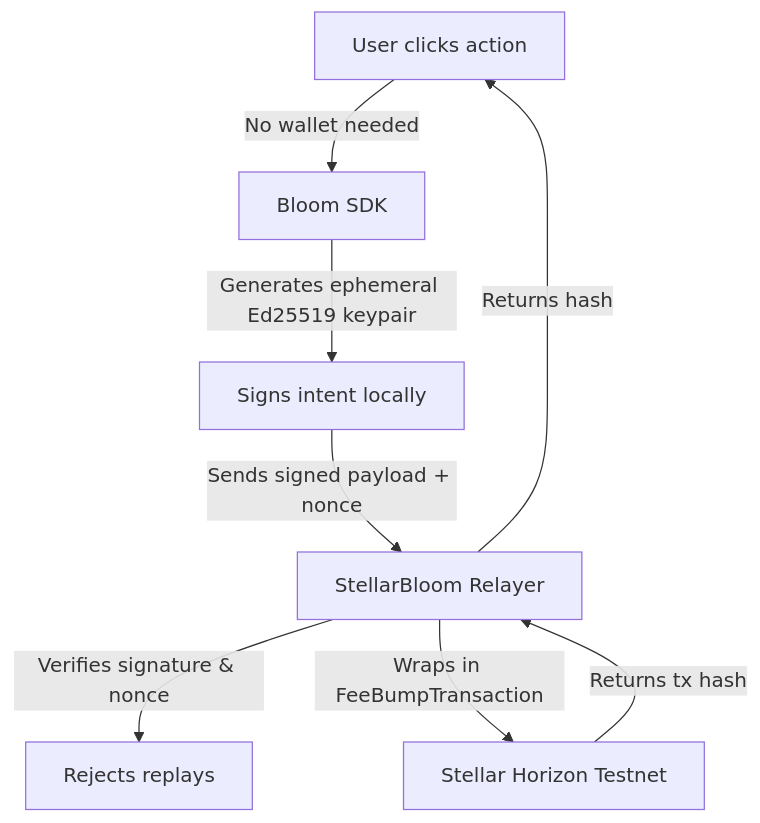
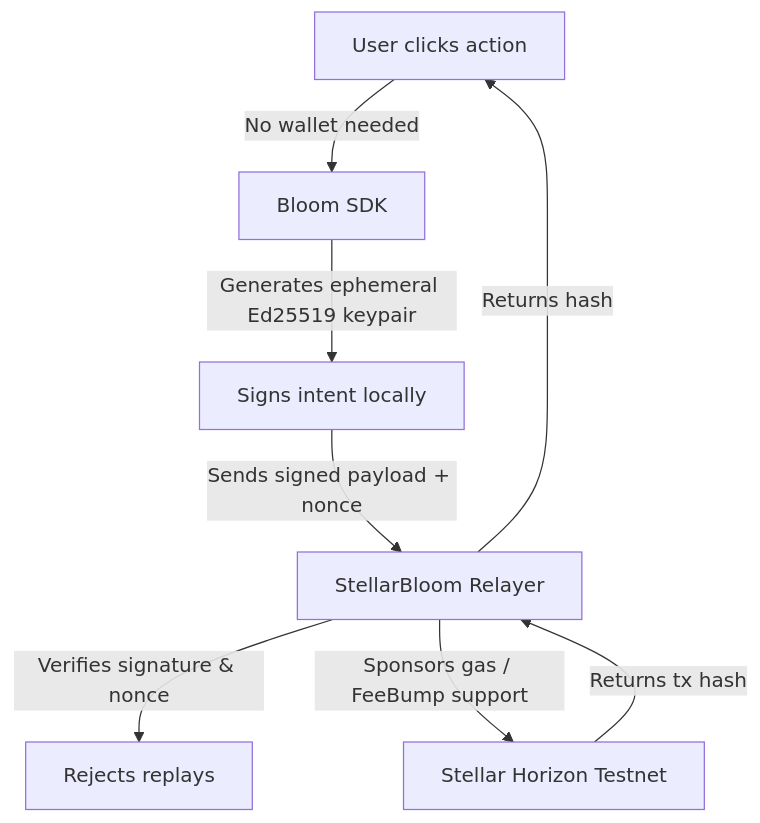
The diagram in README.md (thesumedh/stellar-bloom), drawn with Mermaid before and after one commit. The commit also changed other lines of this file, not shown here.

````diff
--- a/README.md
+++ b/README.md
@@ -76,10 +165,10 @@
 ```mermaid
 graph TD
     A[User clicks action] -->|No wallet needed| B[Bloom SDK]
     B -->|Generates ephemeral Ed25519 keypair| C[Signs intent locally]
     C -->|Sends signed payload + nonce| D[StellarBloom Relayer]
     D -->|Verifies signature & nonce| E[Rejects replays]
-    D -->|Wraps in FeeBumpTransaction| F[Stellar Horizon Testnet]
+    D -->|Sponsors gas / FeeBump support| F[Stellar Horizon Testnet]
     F -->|Returns tx hash| D
     D -->|Returns hash| A
 ```
````
